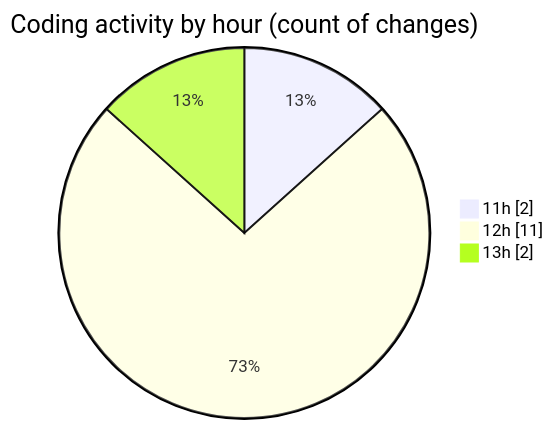
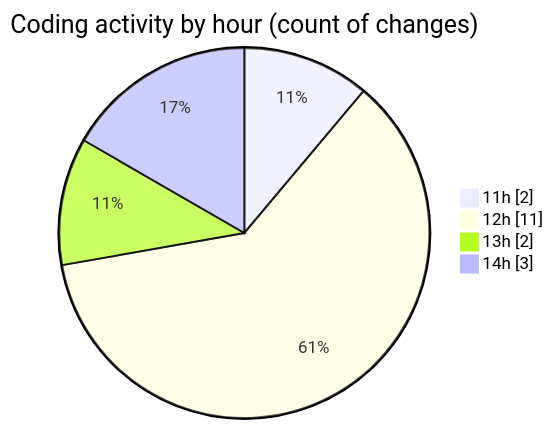
The second of 2 diagrams in 2025-09-10/cashcalc/README.md (nxtqubesakshisongat/code-tracking), drawn with Mermaid before and after one commit. The commit also changed other lines of this file and 1 other file, not shown here.

````diff
--- a/2025-09-10/cashcalc/README.md
+++ b/2025-09-10/cashcalc/README.md
@@ -40,7 +42,8 @@
 ```mermaid
 pie showData
 title Coding activity by hour (count of changes)
 "11h" : 2
 "12h" : 11
 "13h" : 2
+"14h" : 3
 ```
````
